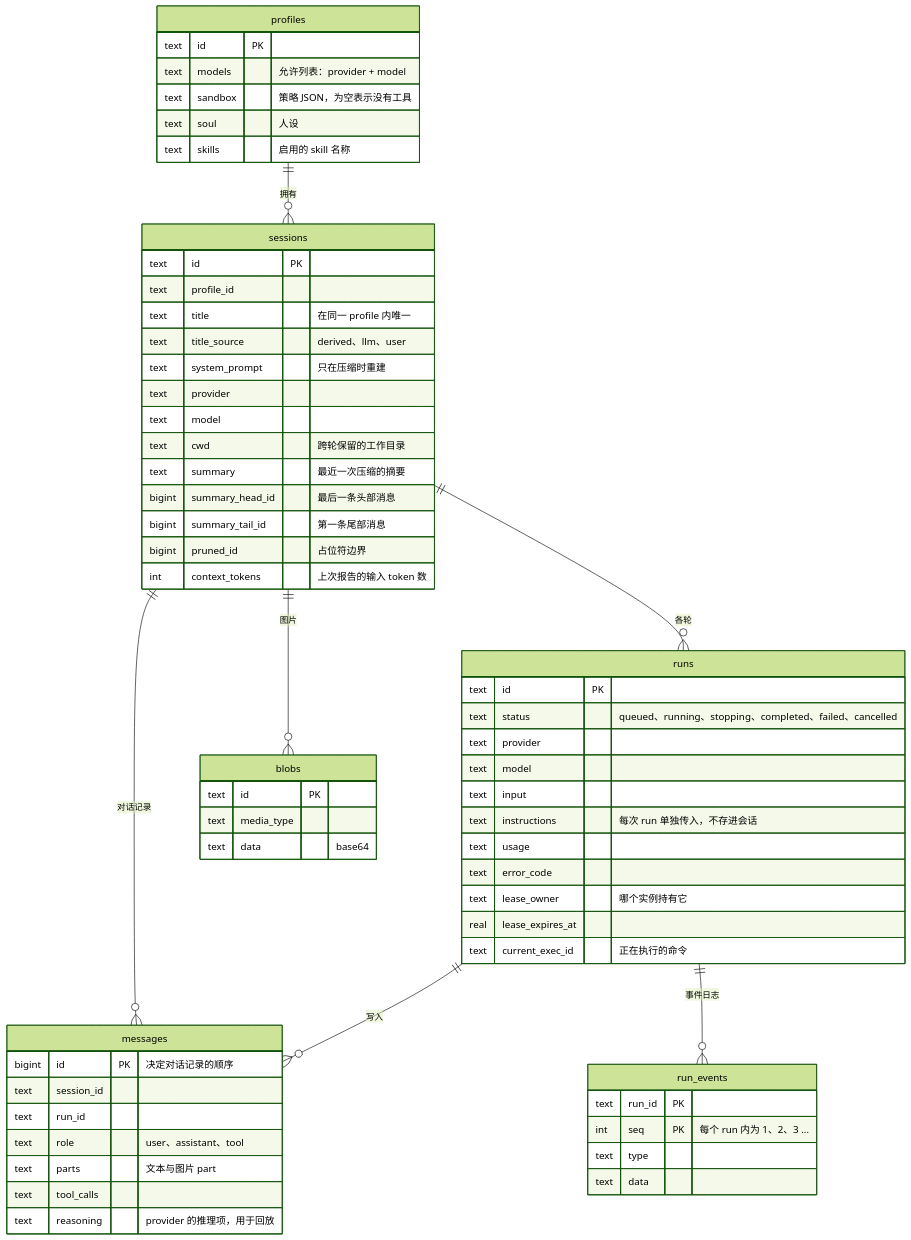
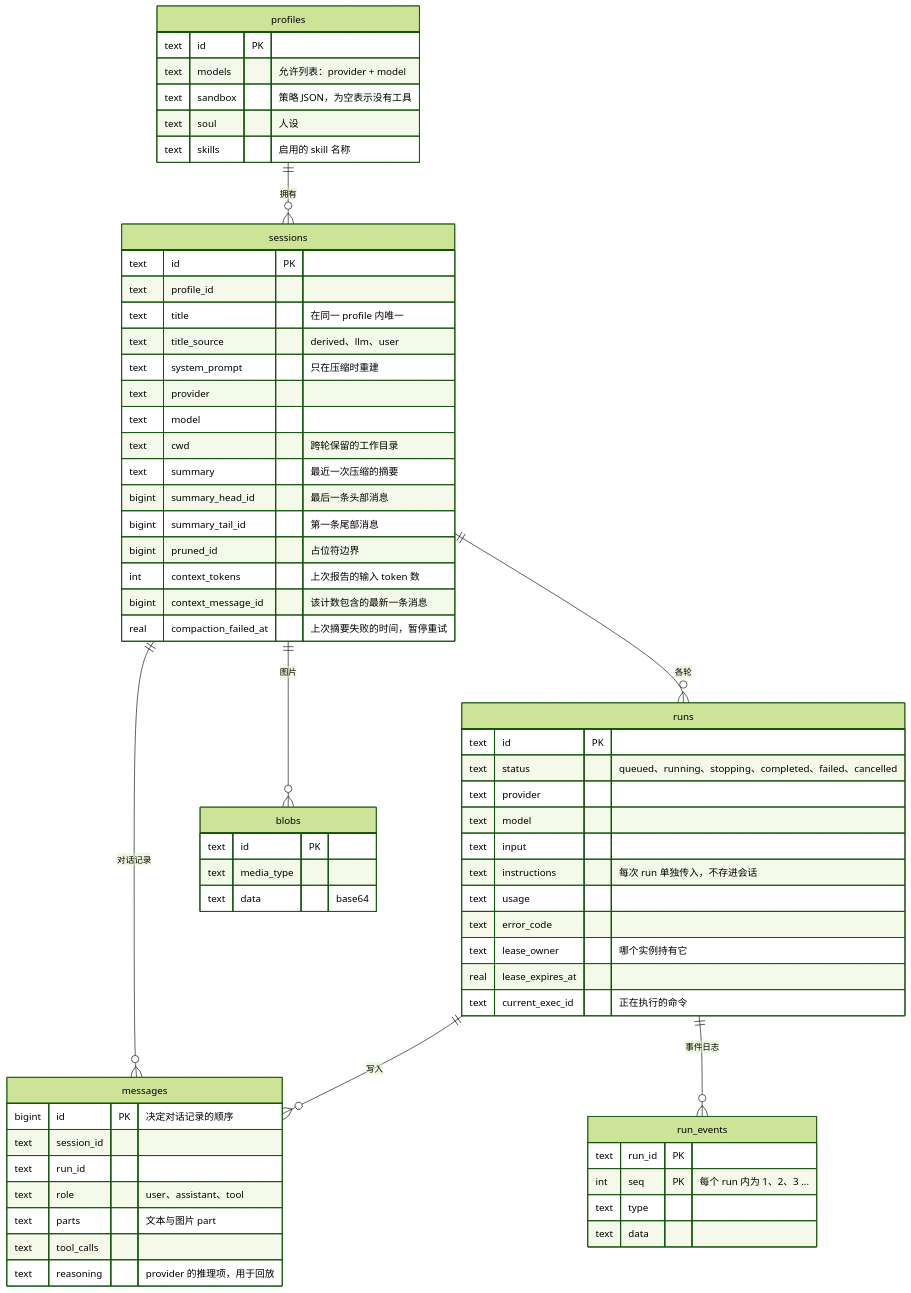
The second of 9 diagrams in docs/architecture_zh.md (ryang420/agent-keel), drawn with Mermaid (forest theme) before and after one commit. The commit also changed other lines of this file and 2 other files, not shown here.

Commit message:
docs: compaction state columns, the scaled enough check and the summary input cap

````diff
--- a/docs/architecture_zh.md
+++ b/docs/architecture_zh.md
@@ -92,65 +92,67 @@
 ```mermaid
 erDiagram
     profiles ||--o{ sessions : "拥有"
     sessions ||--o{ messages : "对话记录"
     sessions ||--o{ runs : "各轮"
     sessions ||--o{ blobs : "图片"
     runs ||--o{ run_events : "事件日志"
     runs ||--o{ messages : "写入"
 
     profiles {
         text id PK
         text models "允许列表：provider + model"
         text sandbox "策略 JSON，为空表示没有工具"
         text soul "人设"
         text skills "启用的 skill 名称"
     }
     sessions {
         text id PK
         text profile_id
         text title "在同一 profile 内唯一"
         text title_source "derived、llm、user"
         text system_prompt "只在压缩时重建"
         text provider
         text model
         text cwd "跨轮保留的工作目录"
         text summary "最近一次压缩的摘要"
         bigint summary_head_id "最后一条头部消息"
         bigint summary_tail_id "第一条尾部消息"
         bigint pruned_id "占位符边界"
         int context_tokens "上次报告的输入 token 数"
+        bigint context_message_id "该计数包含的最新一条消息"
+        real compaction_failed_at "上次摘要失败的时间，暂停重试"
     }
     messages {
         bigint id PK "决定对话记录的顺序"
         text session_id
         text run_id
         text role "user、assistant、tool"
         text parts "文本与图片 part"
         text tool_calls
         text reasoning "provider 的推理项，用于回放"
     }
     runs {
         text id PK
         text status "queued、running、stopping、completed、failed、cancelled"
         text provider
         text model
         text input
         text instructions "每次 run 单独传入，不存进会话"
         text usage
         text error_code
         text lease_owner "哪个实例持有它"
         real lease_expires_at
         text current_exec_id "正在执行的命令"
     }
     run_events {
         text run_id PK
         int seq PK "每个 run 内为 1、2、3 ..."
         text type
         text data
     }
     blobs {
         text id PK
         text media_type
         text data "base64"
     }
 ```
````
